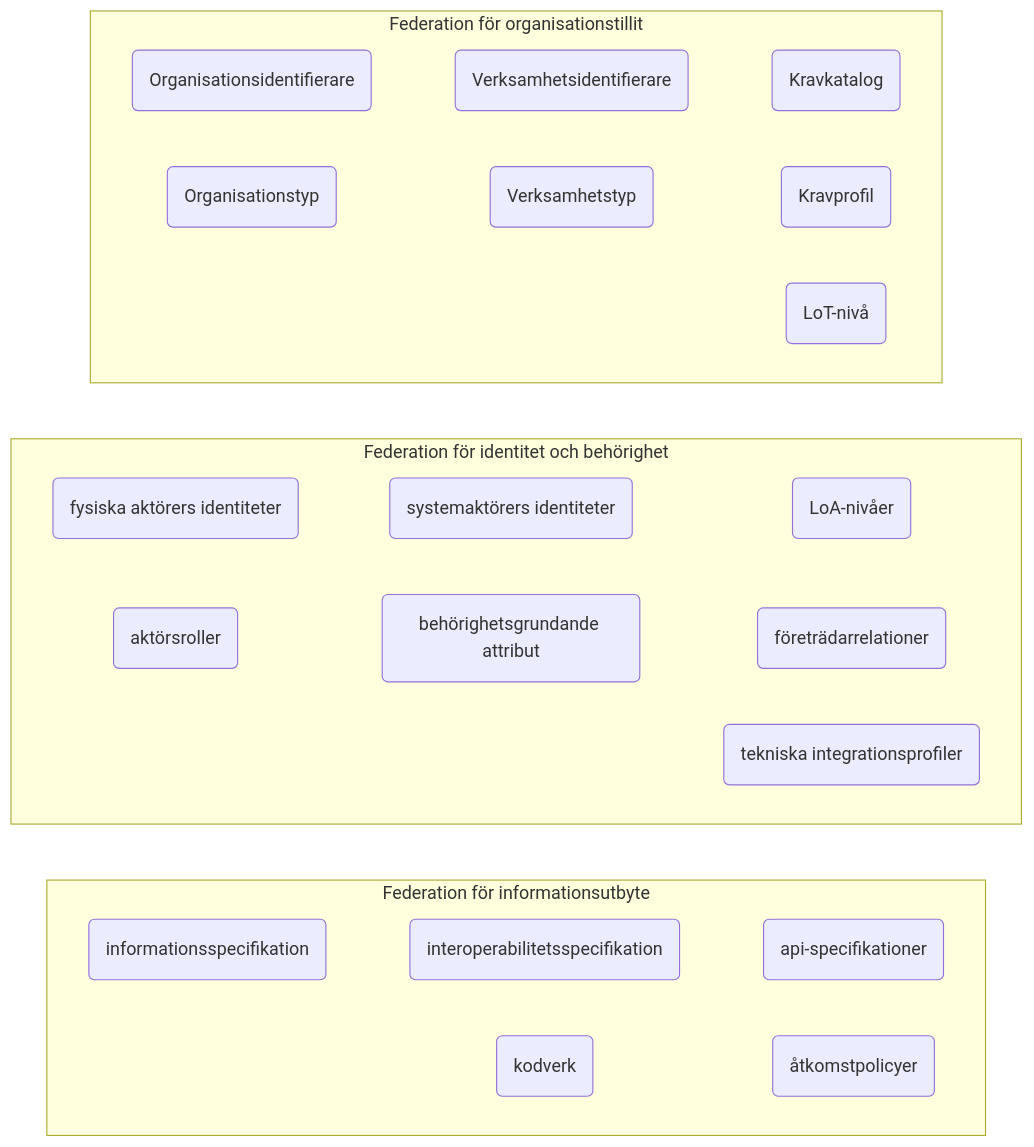
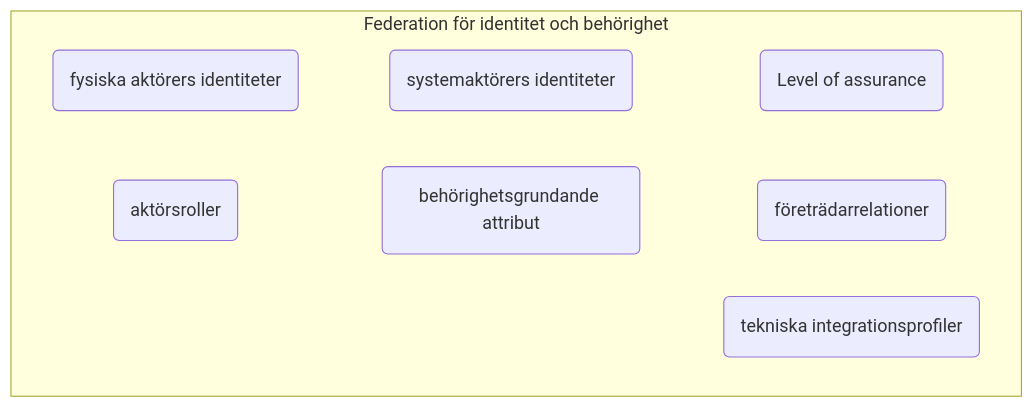
One commit to diggsweden/ena-authorization changed the fourth of 14 diagrams in architecture/drafts/IAM_TargetArchitecture_Sweden.md. Above: the diagram before and after it, drawn with Mermaid. The commit also changed other lines of this file, not shown here.

Commit message:
Detaljerat arkitekturen ytterligare

````diff
--- a/architecture/drafts/IAM_TargetArchitecture_Sweden.md
+++ b/architecture/drafts/IAM_TargetArchitecture_Sweden.md
@@ -130,45 +154,16 @@
 ```mermaid
 graph TB
-subgraph fo[Federation för organisationstillit]
-    oi(Organisationsidentifierare)
-    ot(Organisationstyp)
-    vi(Verksamhetsidentifierare)
-    vt(Verksamhetstyp)
-    kk(Kravkatalog)
-    kp(Kravprofil)
-    lot(LoT-nivå)
-
-    oi~~~vi~~~kk
-    ot~~~vt~~~kp
-end
-
 subgraph fib[Federation för identitet och behörighet]
     direction LR
     fa(fysiska aktörers identiteter)
     sa(systemaktörers identiteter)
-    loa(LoA-nivåer)
+    loa(Level of assurance)
     ar(aktörsroller) 
     ba(behörighetsgrundande attribut)
     fr(företrädarrelationer)
     tip(tekniska integrationsprofiler)
 
     fa~~~sa~~~loa
     ar~~~ba~~~fr
 end
-
-subgraph fi[Federation för informationsutbyte]
-    direction LR
-    is(informationsspecifikation)
-    ints(interoperabilitetsspecifikation)
-    as(api-specifikationer)
-    ap(åtkomstpolicyer)
-    k(kodverk)
-
-    is~~~ints~~~as
-    k~~~ap
-
-end
-
-fo ~~~ fib ~~~ fi
-
 ```
````
